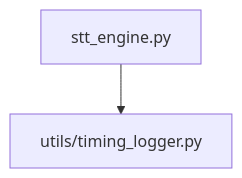
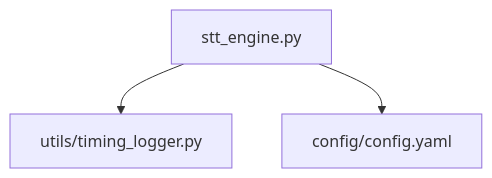
The diagram in wheatley/stt/AI_Graph.md (simonedland/Wheatley), drawn with Mermaid before and after one commit. The commit also changed 19 other files, not shown here.

````diff
--- a/wheatley/stt/AI_Graph.md
+++ b/wheatley/stt/AI_Graph.md
@@ -3,7 +3,9 @@
 ```mermaid
 graph TD
     stt_engine_py["stt_engine.py"]
     timing_logger_py["utils/timing_logger.py"]
+    config_yaml["config/config.yaml"]
 
     stt_engine_py --> timing_logger_py
+    stt_engine_py --> config_yaml
 ```
````
